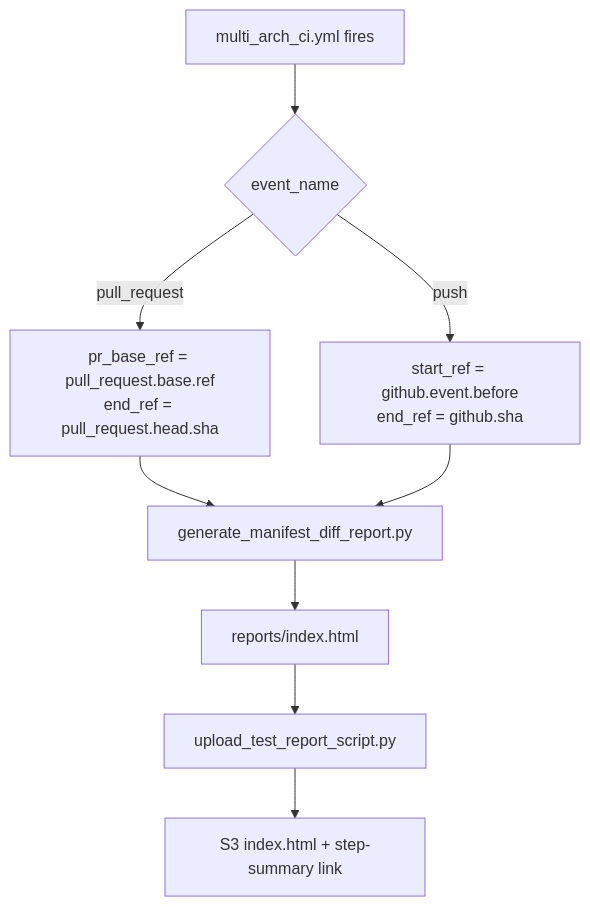
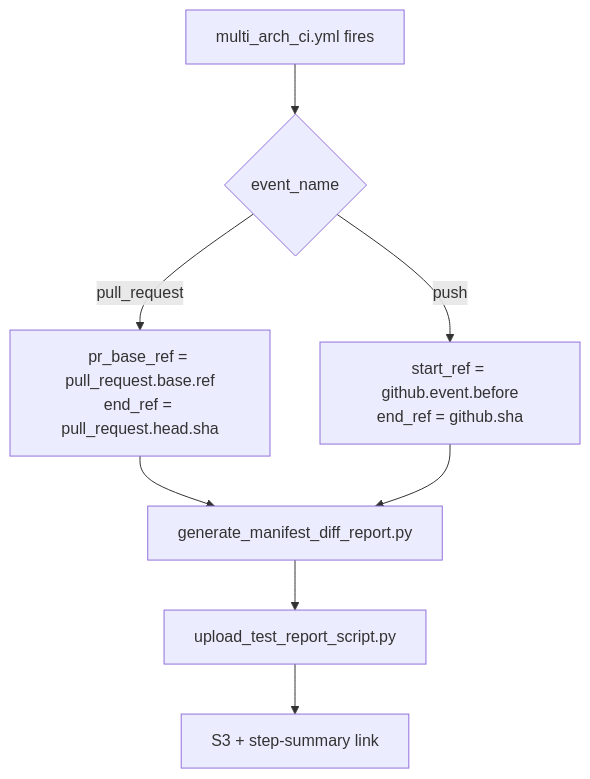
The diagram in docs/development/manifest_diff.md (ROCm/TheRock), drawn with Mermaid before and after one commit. The commit also changed other lines of this file and 2 other files, not shown here.

First line of the commit message:
[CI] manifest-diff: gate caller, strict dispatch, guard upload-on-success

````diff
--- a/docs/development/manifest_diff.md
+++ b/docs/development/manifest_diff.md
@@ -15,11 +15,10 @@
 ```mermaid
 flowchart TD
     A[multi_arch_ci.yml fires] --> B{event_name}
     B -- pull_request --> P[pr_base_ref = pull_request.base.ref<br/>end_ref = pull_request.head.sha]
     B -- push --> U[start_ref = github.event.before<br/>end_ref = github.sha]
     P --> G[generate_manifest_diff_report.py]
     U --> G
-    G --> R[reports/index.html]
-    R --> O[upload_test_report_script.py]
-    O --> H[S3 index.html + step-summary link]
+    G --> O[upload_test_report_script.py]
+    O --> H[S3 + step-summary link]
 ```
````
